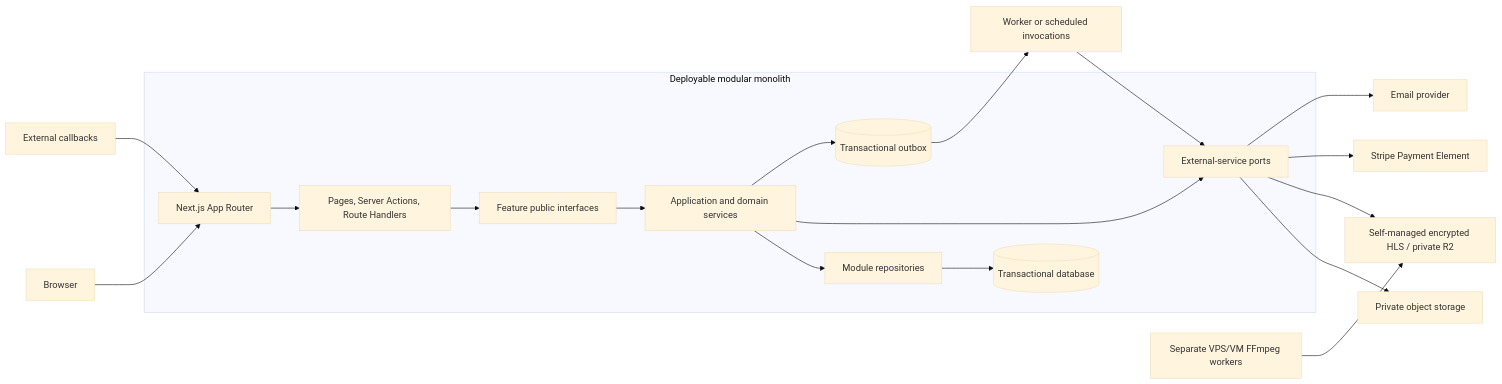
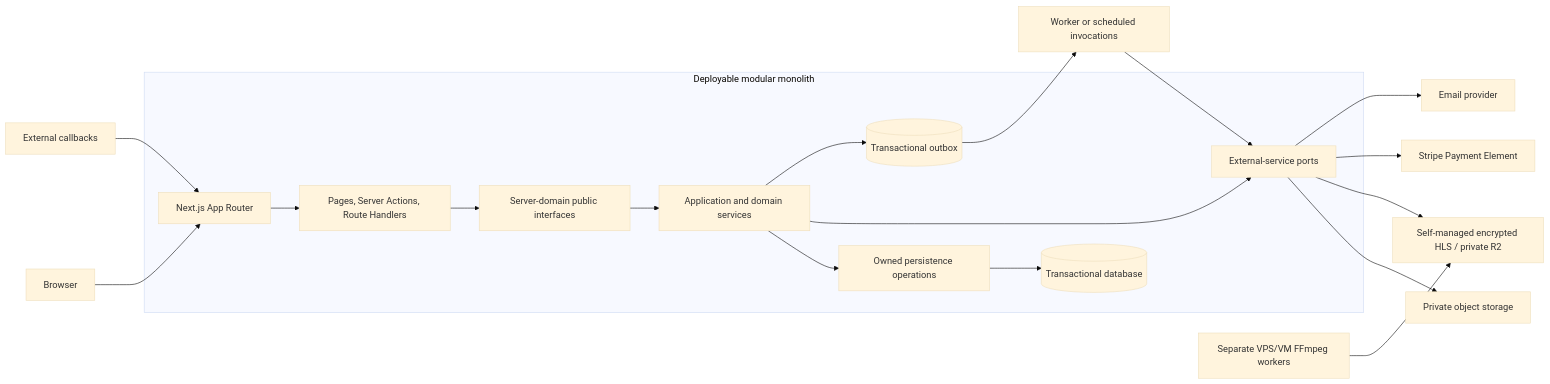
One commit to IBPA-ANDREEVA/lms-academy changed the diagram in docs/architecture/overview.md. Above: the diagram before and after it, drawn with Mermaid (base theme). The commit also changed other lines of this file and 14 other files, not shown here.

Commit message:
docs: align product decisions and frontend-server architecture

````diff
--- a/docs/architecture/overview.md
+++ b/docs/architecture/overview.md
@@ -65,23 +74,23 @@
 ```mermaid
 flowchart LR
     Browser[Browser] --> App[Next.js App Router]
     Provider[External callbacks] --> App
 
     subgraph Monolith[Deployable modular monolith]
       App --> Entry[Pages, Server Actions, Route Handlers]
-      Entry --> Public[Feature public interfaces]
+      Entry --> Public[Server-domain public interfaces]
       Public --> Services[Application and domain services]
-      Services --> Repos[Module repositories]
+      Services --> Repos[Owned persistence operations]
       Services --> Ports[External-service ports]
       Repos --> DB[(Transactional database)]
       Services --> Outbox[(Transactional outbox)]
     end
 
     Ports --> Files[Private object storage]
     Ports --> Video[Self-managed encrypted HLS / private R2]
     Ports --> Payment[Stripe Payment Element]
     Ports --> Email[Email provider]
     Outbox --> Workers[Worker or scheduled invocations]
     Workers --> Ports
     Media[Separate VPS/VM FFmpeg workers] --> Video
 ```
````
